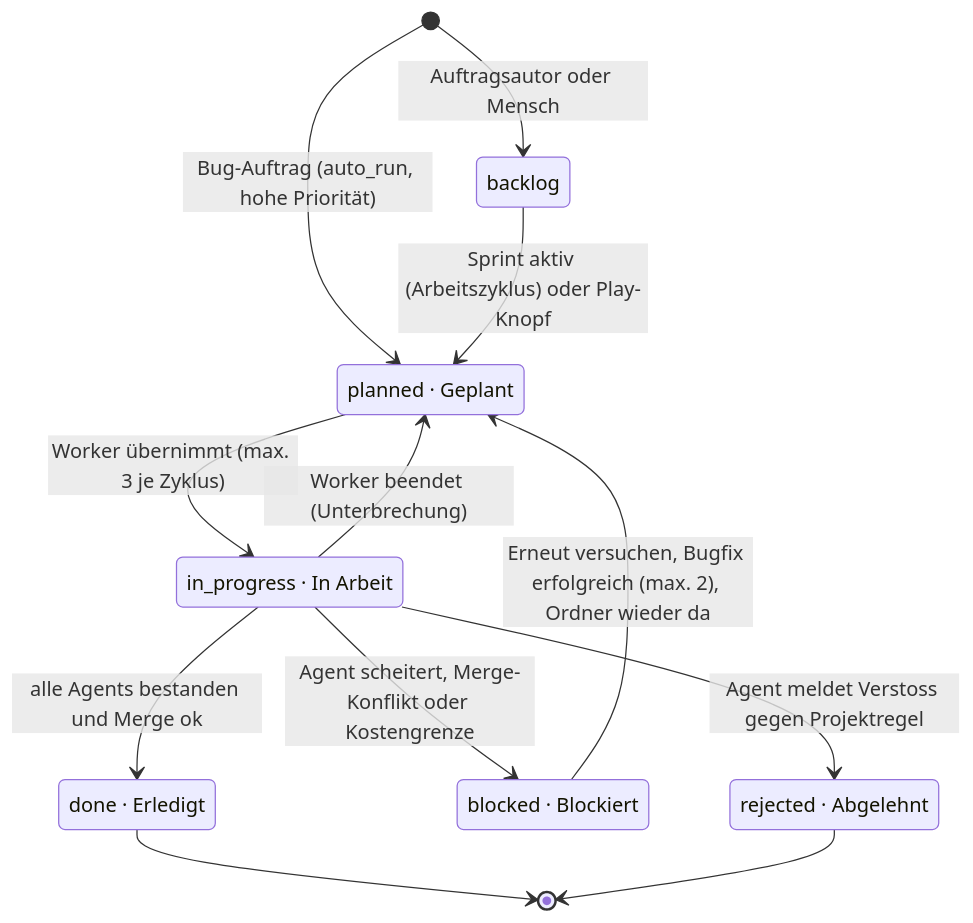
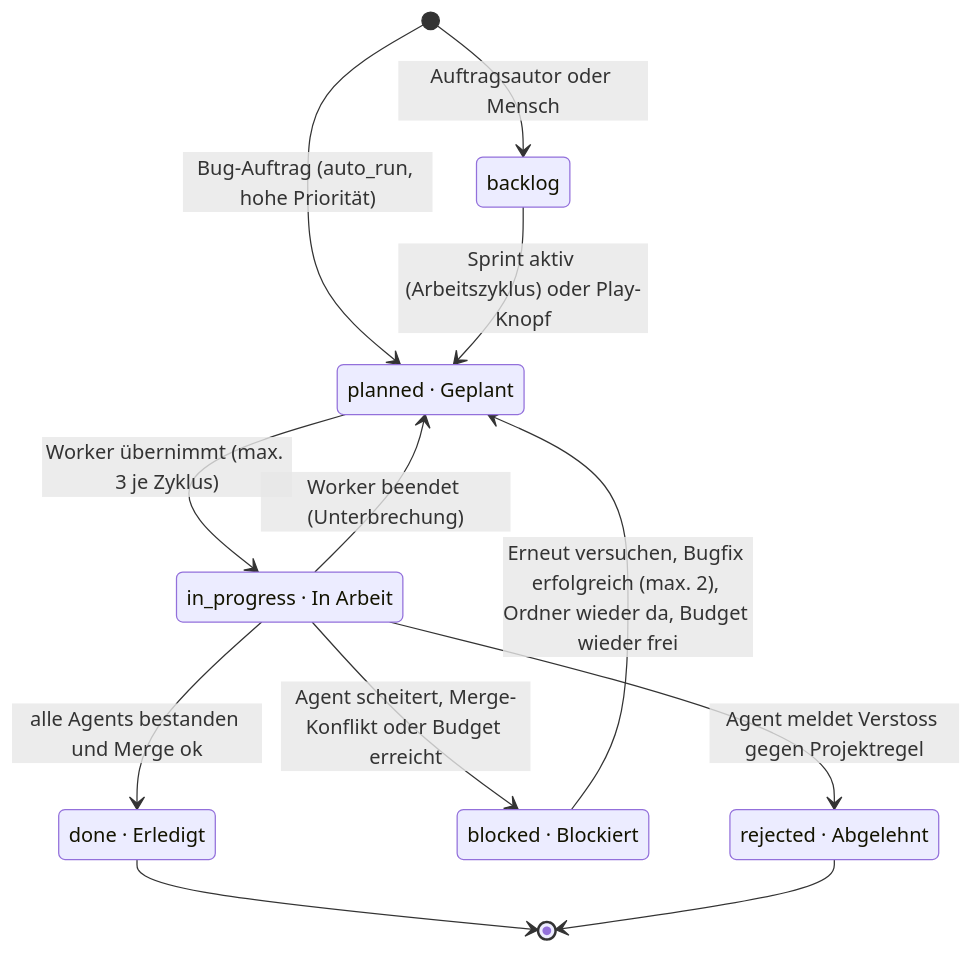
Before and after one commit to zaaaazzy/AutoDEV: the third of 8 diagrams in docs/laufzeit.md, drawn with Mermaid. The commit also changed other lines of this file and 39 other files, not shown here.

````diff
--- a/docs/laufzeit.md
+++ b/docs/laufzeit.md
@@ -83,20 +83,20 @@
 ```mermaid
 stateDiagram-v2
   state "backlog" as backlog
   state "planned · Geplant" as planned
   state "in_progress · In Arbeit" as inprog
   state "done · Erledigt" as done
   state "blocked · Blockiert" as blocked
   state "rejected · Abgelehnt" as rejected
   [*] --> backlog : Auftragsautor oder Mensch
   [*] --> planned : Bug-Auftrag (auto_run, hohe Priorität)
   backlog --> planned : Sprint aktiv (Arbeitszyklus) oder Play-Knopf
   planned --> inprog : Worker übernimmt (max. 3 je Zyklus)
   inprog --> done : alle Agents bestanden und Merge ok
-  inprog --> blocked : Agent scheitert, Merge-Konflikt oder Kostengrenze
+  inprog --> blocked : Agent scheitert, Merge-Konflikt oder Budget erreicht
   inprog --> rejected : Agent meldet Verstoss gegen Projektregel
   inprog --> planned : Worker beendet (Unterbrechung)
-  blocked --> planned : Erneut versuchen, Bugfix erfolgreich (max. 2), Ordner wieder da
+  blocked --> planned : Erneut versuchen, Bugfix erfolgreich (max. 2), Ordner wieder da, Budget wieder frei
   done --> [*]
   rejected --> [*]
 ```
````
